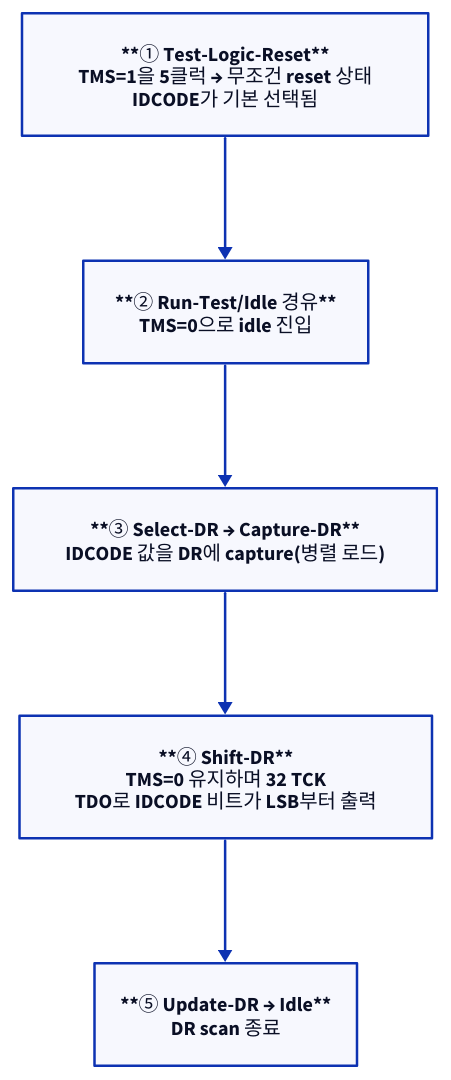
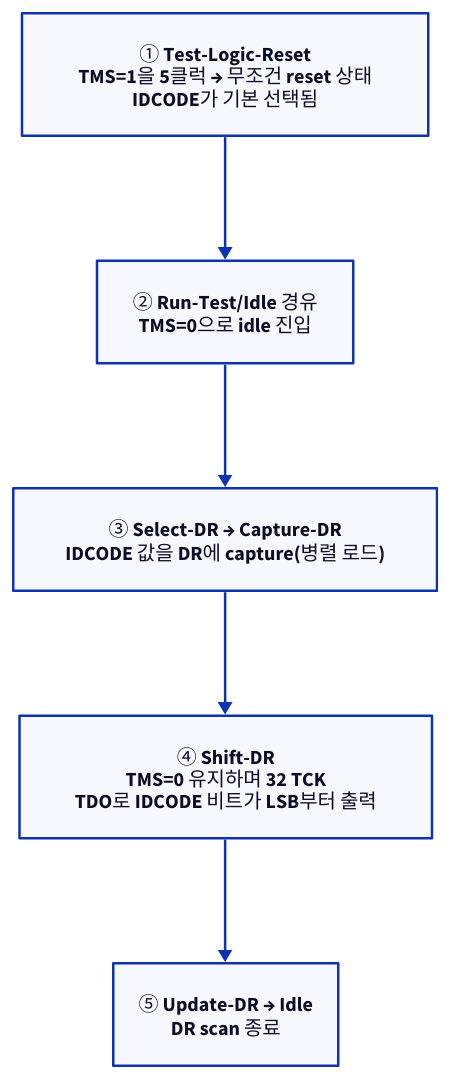
The second of 5 diagrams in starlight_site/src/content/docs/dfd/02_jtag_boundary_scan.md (humbleowl39/DV_SKOOL), drawn with D2 before and after one commit. The commit also changed other lines of this file and 714 other files, not shown here.

First line of the commit message:
fix(site): d2 다이어그램 가독성 결함 6종 일괄 수정

````diff
--- a/starlight_site/src/content/docs/dfd/02_jtag_boundary_scan.md
+++ b/starlight_site/src/content/docs/dfd/02_jtag_boundary_scan.md
@@ -91,10 +91,10 @@
 ```d2
 direction: down
 
-S0: "**① Test-Logic-Reset**\nTMS=1을 5클럭 → 무조건 reset 상태\nIDCODE가 기본 선택됨"
-S1: "**② Run-Test/Idle 경유**\nTMS=0으로 idle 진입"
-S2: "**③ Select-DR → Capture-DR**\nIDCODE 값을 DR에 capture(병렬 로드)"
-S3: "**④ Shift-DR**\nTMS=0 유지하며 32 TCK\nTDO로 IDCODE 비트가 LSB부터 출력"
-S4: "**⑤ Update-DR → Idle**\nDR scan 종료"
+S0: "① Test-Logic-Reset\nTMS=1을 5클럭 → 무조건 reset 상태\nIDCODE가 기본 선택됨"
+S1: "② Run-Test/Idle 경유\nTMS=0으로 idle 진입"
+S2: "③ Select-DR → Capture-DR\nIDCODE 값을 DR에 capture(병렬 로드)"
+S3: "④ Shift-DR\nTMS=0 유지하며 32 TCK\nTDO로 IDCODE 비트가 LSB부터 출력"
+S4: "⑤ Update-DR → Idle\nDR scan 종료"
 S0 -> S1 -> S2 -> S3 -> S4
 ```
````
